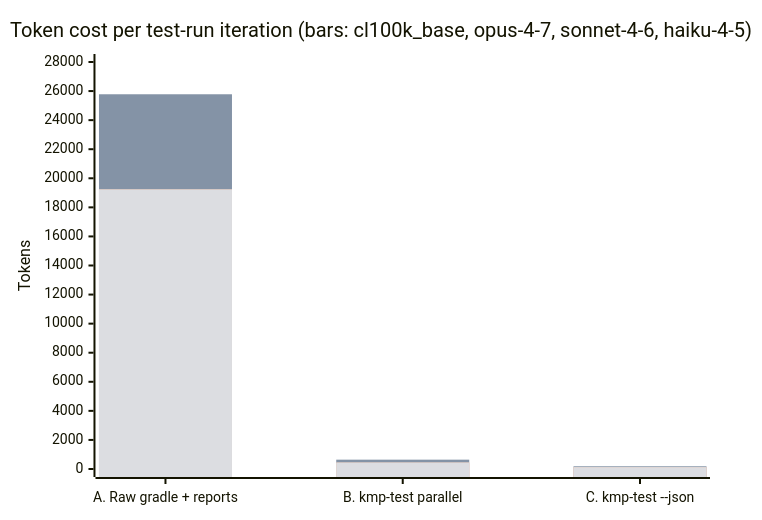
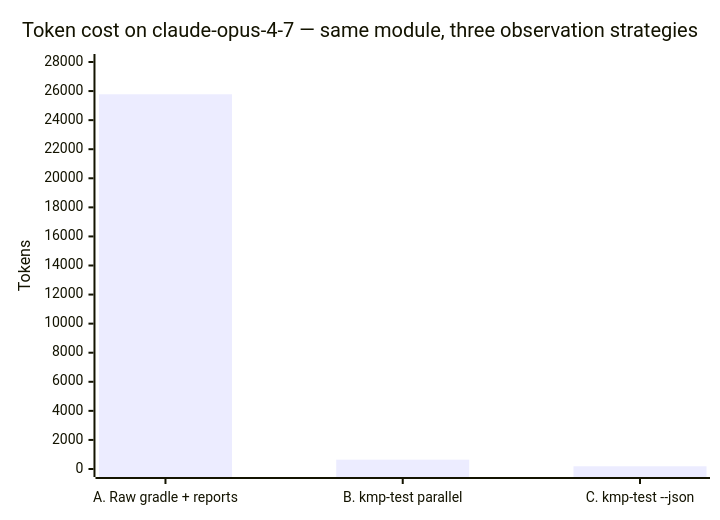
One commit to oscardlfr/kmp-test-runner changed the diagram in README.md. Above: the diagram before and after it, drawn with Mermaid. The commit also changed other lines of this file and 3 other files, not shown here.

````diff
--- a/README.md
+++ b/README.md
@@ -204,10 +9,7 @@
 ```mermaid
 xychart-beta
-    title "Token cost per test-run iteration (bars: cl100k_base, opus-4-7, sonnet-4-6, haiku-4-5)"
+    title "Token cost on claude-opus-4-7 — same module, three observation strategies"
     x-axis ["A. Raw gradle + reports", "B. kmp-test parallel", "C. kmp-test --json"]
     y-axis "Tokens" 0 --> 28000
-    bar [12807, 376, 101]
     bar [25780, 642, 187]
-    bar [19234, 444, 125]
-    bar [19234, 444, 125]
 ```
````
